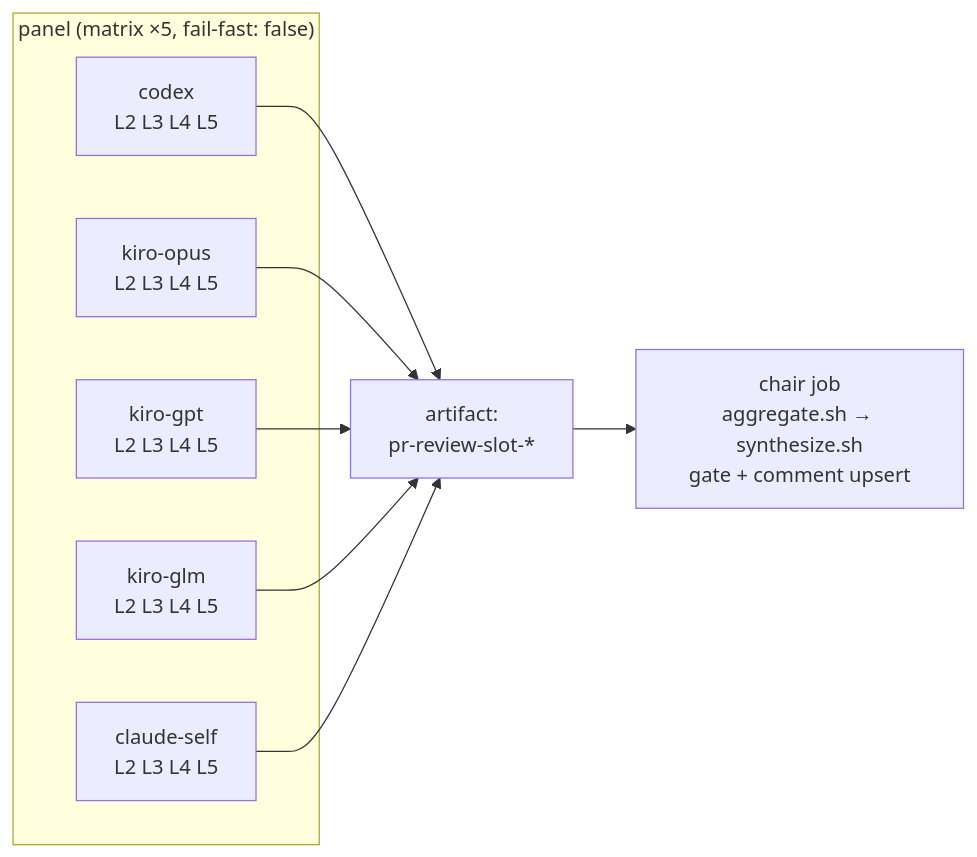
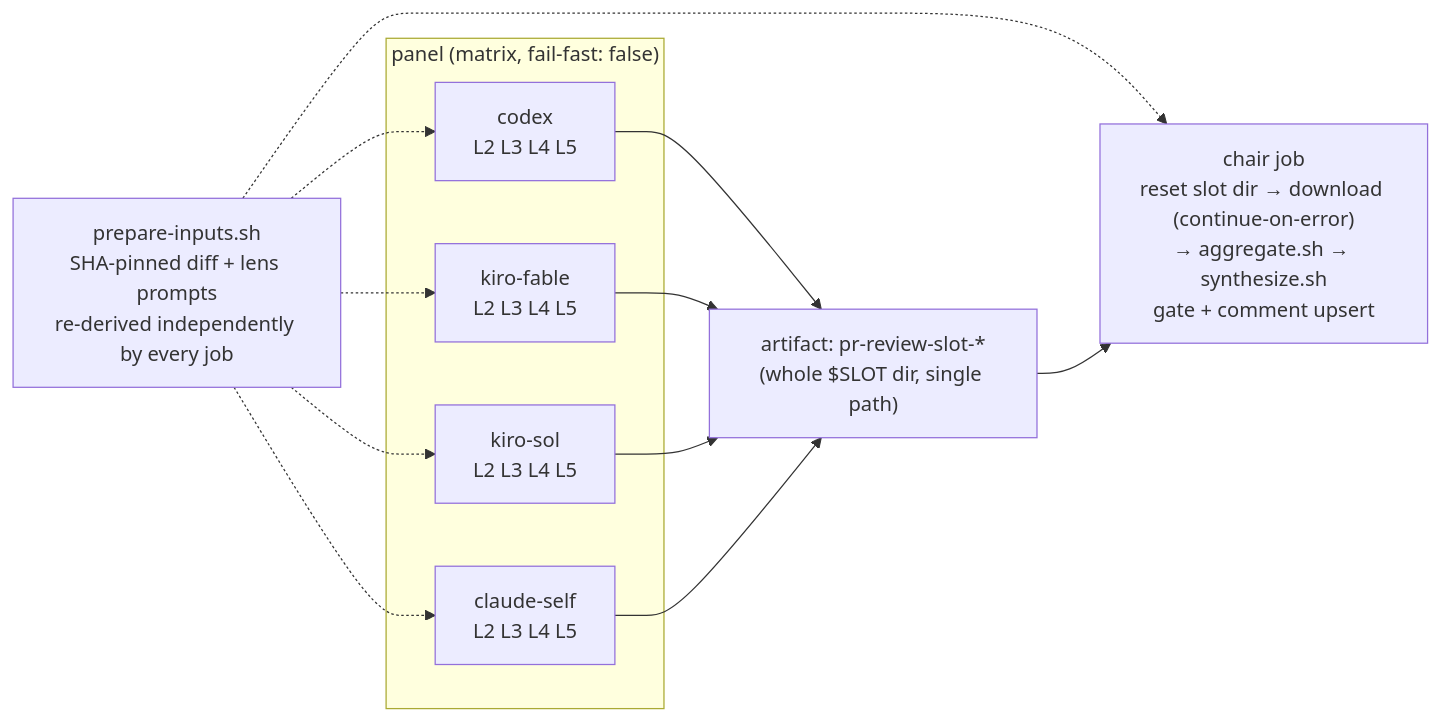
The diagram in docs/decisions/ADR-015-pr-review-per-model-parallel-jobs.md (Atom-oh/AWS-Demo-Platform), drawn with Mermaid before and after one commit. The commit also changed other lines of this file and 10 other files, not shown here.

````diff
--- a/docs/decisions/ADR-015-pr-review-per-model-parallel-jobs.md
+++ b/docs/decisions/ADR-015-pr-review-per-model-parallel-jobs.md
@@ -72,16 +77,19 @@
 ```mermaid
 graph LR
-  subgraph "panel (matrix ×5, fail-fast: false)"
+  subgraph "panel (matrix, fail-fast: false)"
     A[codex<br/>L2 L3 L4 L5]
-    B[kiro-opus<br/>L2 L3 L4 L5]
-    C[kiro-gpt<br/>L2 L3 L4 L5]
-    D[kiro-glm<br/>L2 L3 L4 L5]
-    E[claude-self<br/>L2 L3 L4 L5]
+    B[kiro-fable<br/>L2 L3 L4 L5]
+    C[kiro-sol<br/>L2 L3 L4 L5]
+    D[claude-self<br/>L2 L3 L4 L5]
   end
-  A --> F[artifact:<br/>pr-review-slot-*]
+  Z[prepare-inputs.sh<br/>SHA-pinned diff + lens prompts<br/>re-derived independently by every job] -.-> A
+  Z -.-> B
+  Z -.-> C
+  Z -.-> D
+  Z -.-> G
+  A --> F["artifact: pr-review-slot-*<br/>(whole $SLOT dir, single path)"]
   B --> F
   C --> F
   D --> F
-  E --> F
-  F --> G["chair job<br/>aggregate.sh → synthesize.sh<br/>gate + comment upsert"]
+  F --> G["chair job<br/>reset slot dir → download (continue-on-error)<br/>→ aggregate.sh → synthesize.sh<br/>gate + comment upsert"]
 ```
````
